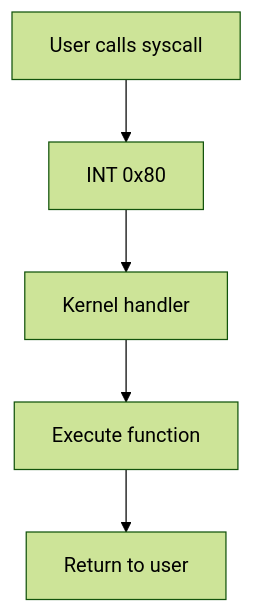
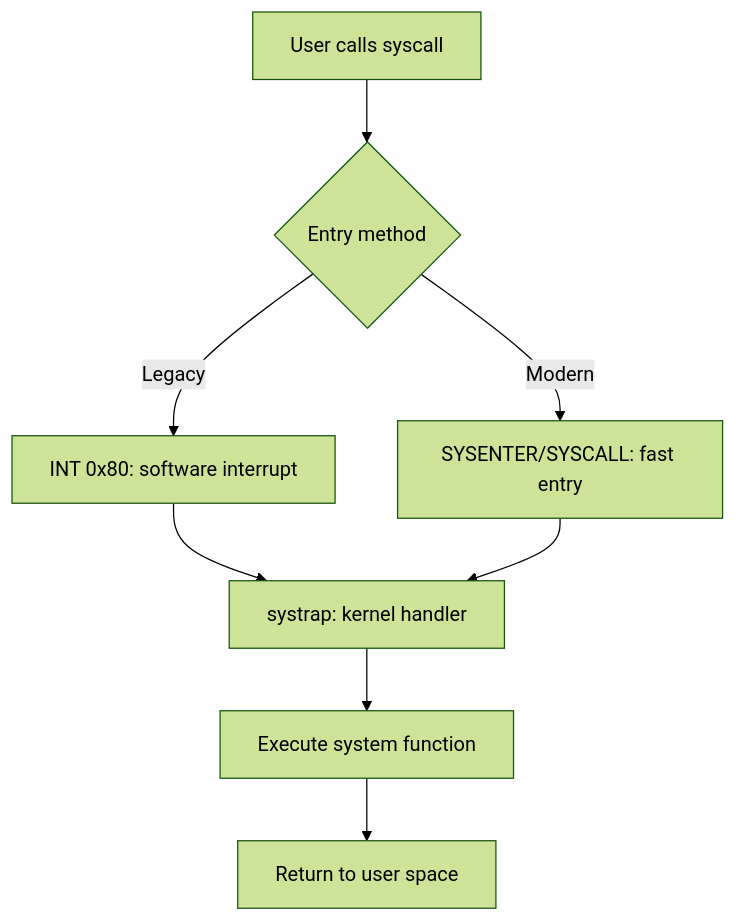
One commit to macsplit/unix_doc changed the diagram in diagrams/1.4-syscall-flow.mmd. Above: the diagram before and after it, drawn with Mermaid (forest theme). The commit also changed 9 other files, not shown here.

First line of the commit message:
Improve technical diagrams based on academic feedback

```diff
--- a/diagrams/1.4-syscall-flow.mmd
+++ b/diagrams/1.4-syscall-flow.mmd
@@ -1,5 +1,8 @@
 graph TD
-    A[User calls syscall] --> B[INT 0x80]
-    B --> C[Kernel handler]
-    C --> D[Execute function]
-    D --> E[Return to user]
+    A[User calls syscall] --> B{Entry method}
+    B -->|Legacy| C[INT 0x80: software interrupt]
+    B -->|Modern| D[SYSENTER/SYSCALL: fast entry]
+    C --> E[systrap: kernel handler]
+    D --> E
+    E --> F[Execute system function]
+    F --> G[Return to user space]
```
